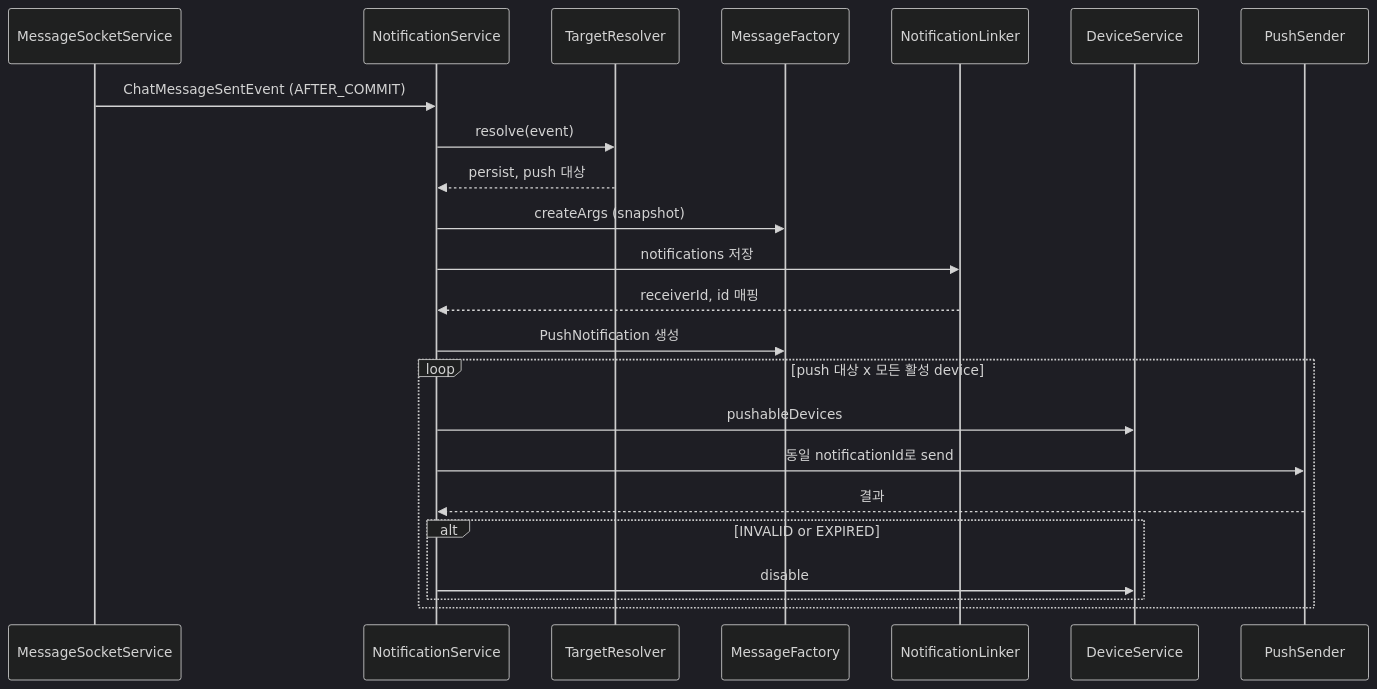
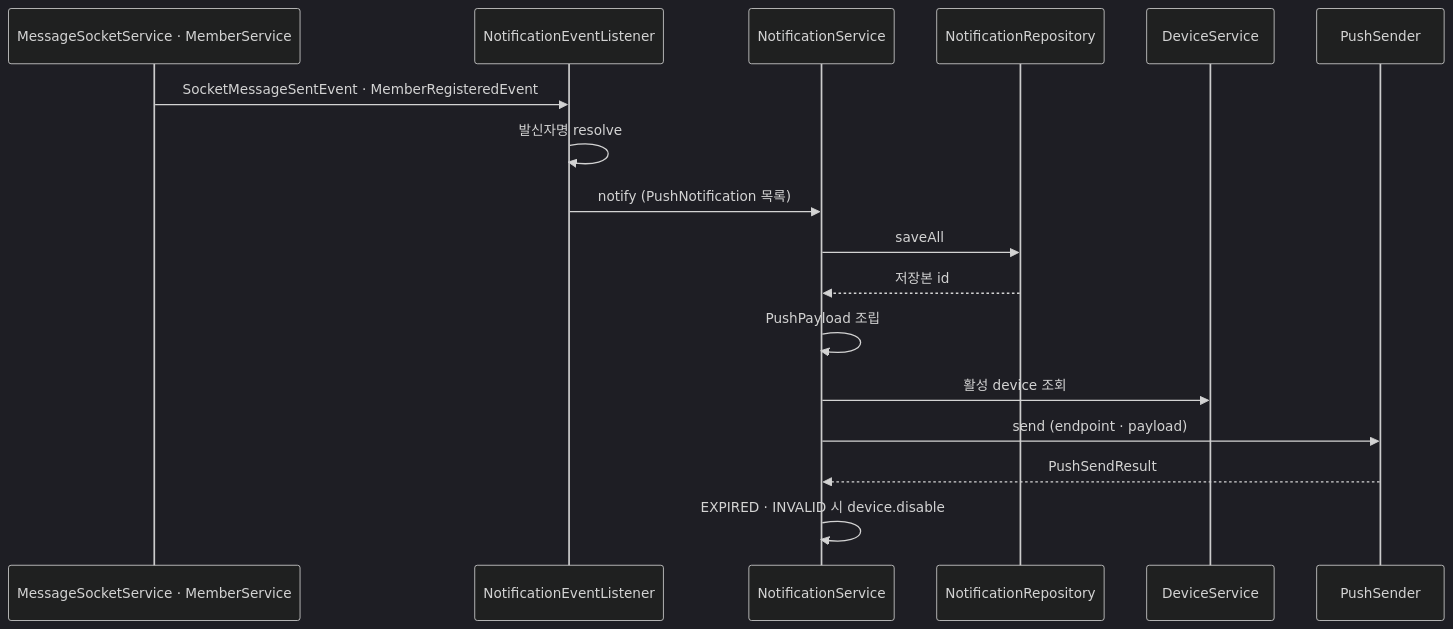
The first of 2 diagrams in apps/api/docs/notification-architecture.md (mortonCareer/bconnect), drawn with Mermaid (dark theme) before and after one commit. The commit also changed other lines of this file and 111 other files, not shown here.

````diff
--- a/apps/api/docs/notification-architecture.md
+++ b/apps/api/docs/notification-architecture.md
@@ -39,26 +7,20 @@
 ```mermaid
 sequenceDiagram
-    participant Socket as MessageSocketService
+    participant Pub as MessageSocketService · MemberService
+    participant Listener as NotificationEventListener
     participant Svc as NotificationService
-    participant Res as TargetResolver
-    participant Fac as MessageFactory
-    participant Lnk as NotificationLinker
-    participant Dev as DeviceService
-    participant Snd as PushSender
+    participant Repo as NotificationRepository
+    participant Device as DeviceService
+    participant Sender as PushSender
 
-    Socket->>Svc: ChatMessageSentEvent (AFTER_COMMIT)
-    Svc->>Res: resolve(event)
-    Res-->>Svc: persist, push 대상
-    Svc->>Fac: createArgs (snapshot)
-    Svc->>Lnk: notifications 저장
-    Lnk-->>Svc: receiverId, id 매핑
-    Svc->>Fac: PushNotification 생성
-    loop push 대상 x 모든 활성 device
-        Svc->>Dev: pushableDevices
-        Svc->>Snd: 동일 notificationId로 send
-        Snd-->>Svc: 결과
-        alt INVALID or EXPIRED
-            Svc->>Dev: disable
-        end
-    end
+    Pub->>Listener: SocketMessageSentEvent · MemberRegisteredEvent
+    Listener->>Listener: 발신자명 resolve
+    Listener->>Svc: notify (PushNotification 목록)
+    Svc->>Repo: saveAll
+    Repo-->>Svc: 저장본 id
+    Svc->>Svc: PushPayload 조립
+    Svc->>Device: 활성 device 조회
+    Svc->>Sender: send (endpoint · payload)
+    Sender-->>Svc: PushSendResult
+    Svc->>Svc: EXPIRED · INVALID 시 device.disable
 ```
````
